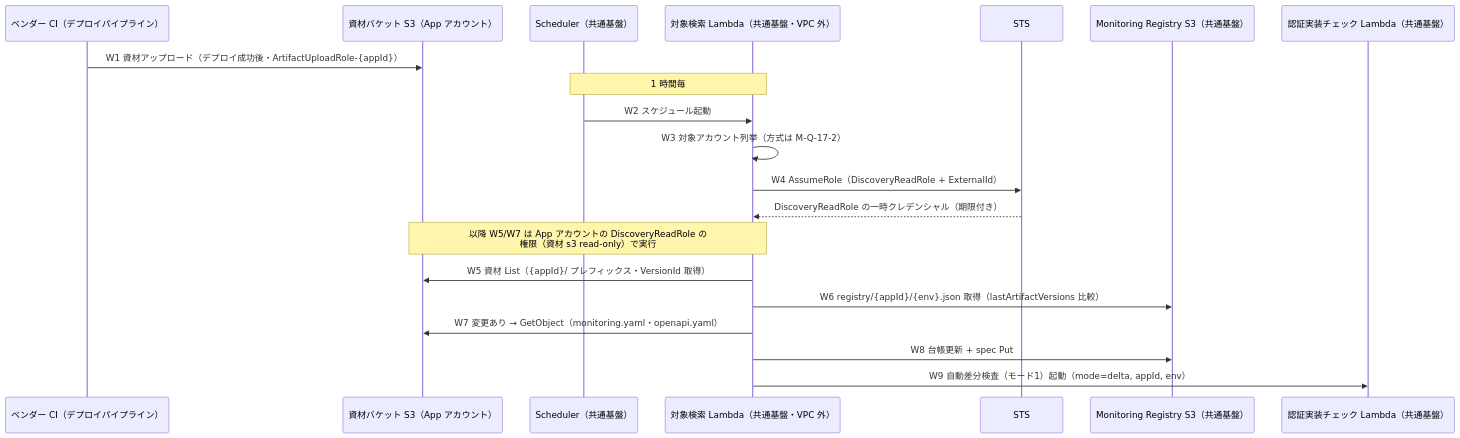
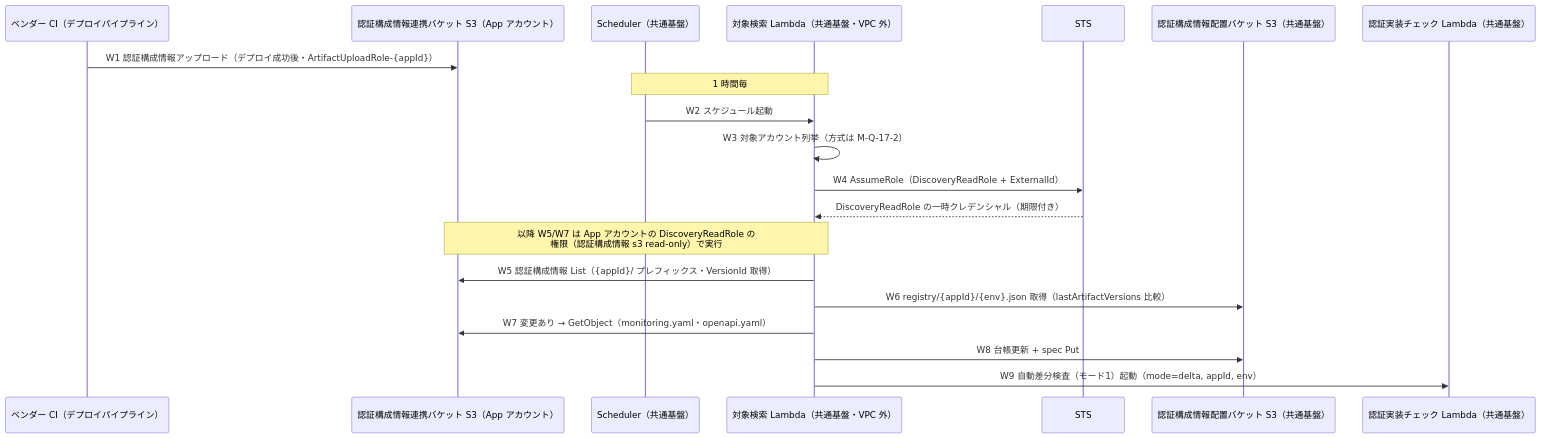
The fifth of 7 diagrams in doc/api-platform/basic-design/10-external-monitoring-overview.md (suepie/aws-atuh-poc), drawn with Mermaid before and after one commit. The commit also changed other lines of this file and 18 other files, not shown here.

````diff
--- a/doc/api-platform/basic-design/10-external-monitoring-overview.md
+++ b/doc/api-platform/basic-design/10-external-monitoring-overview.md
@@ -322,23 +324,23 @@
 ```mermaid
 sequenceDiagram
     participant DEV as ベンダー CI（デプロイパイプライン）
-    participant ART as 資材バケット S3（App アカウント）
+    participant ART as 認証構成情報連携バケット S3（App アカウント）
     participant SCH as Scheduler（共通基盤）
     participant DISC as 対象検索 Lambda（共通基盤・VPC 外）
     participant STS as STS
-    participant S3 as Monitoring Registry S3（共通基盤）
+    participant S3 as 認証構成情報配置バケット S3（共通基盤）
     participant PROBE as 認証実装チェック Lambda（共通基盤）
 
-    DEV->>ART: W1 資材アップロード（デプロイ成功後・ArtifactUploadRole-{appId}）
+    DEV->>ART: W1 認証構成情報アップロード（デプロイ成功後・ArtifactUploadRole-{appId}）
     Note over SCH,DISC: 1 時間毎
     SCH->>DISC: W2 スケジュール起動
     DISC->>DISC: W3 対象アカウント列挙（方式は M-Q-17-2）
     DISC->>STS: W4 AssumeRole（DiscoveryReadRole + ExternalId）
     STS-->>DISC: DiscoveryReadRole の一時クレデンシャル（期限付き）
-    Note over DISC,ART: 以降 W5/W7 は App アカウントの DiscoveryReadRole の<br/>権限（資材 s3 read-only）で実行
-    DISC->>ART: W5 資材 List（{appId}/ プレフィックス・VersionId 取得）
+    Note over DISC,ART: 以降 W5/W7 は App アカウントの DiscoveryReadRole の<br/>権限（認証構成情報 s3 read-only）で実行
+    DISC->>ART: W5 認証構成情報 List（{appId}/ プレフィックス・VersionId 取得）
     DISC->>S3: W6 registry/{appId}/{env}.json 取得（lastArtifactVersions 比較）
     DISC->>ART: W7 変更あり → GetObject（monitoring.yaml・openapi.yaml）
     DISC->>S3: W8 台帳更新 + spec Put
     DISC->>PROBE: W9 自動差分検査（モード1）起動（mode=delta, appId, env）
 ```
````
